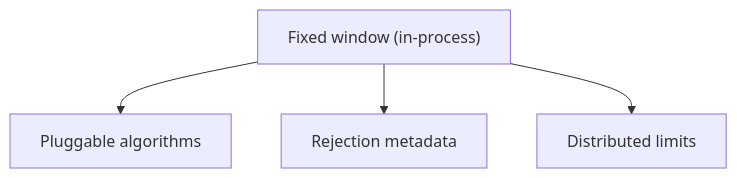
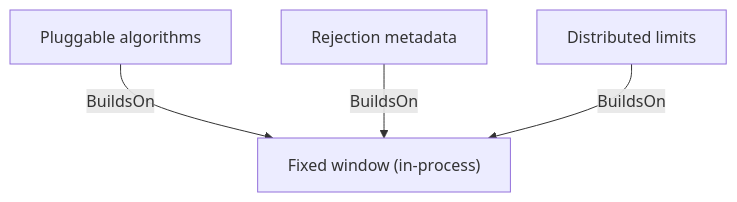
The diagram in docs/problems/rate-limiter/index.md (gauxs/lld), drawn with Mermaid before and after one commit. The commit also changed other lines of this file and 4 other files, not shown here.

````diff
--- a/docs/problems/rate-limiter/index.md
+++ b/docs/problems/rate-limiter/index.md
@@ -9,10 +9,10 @@
 ```mermaid
 flowchart TD
   baseline["Fixed window (in-process)"]
   pluggable_algorithms["Pluggable algorithms"]
   rejection_metadata["Rejection metadata"]
   distributed["Distributed limits"]
-  baseline --> pluggable_algorithms
-  baseline --> rejection_metadata
-  baseline --> distributed
+  pluggable_algorithms -->|BuildsOn| baseline
+  rejection_metadata -->|BuildsOn| baseline
+  distributed -->|BuildsOn| baseline
 ```
````
